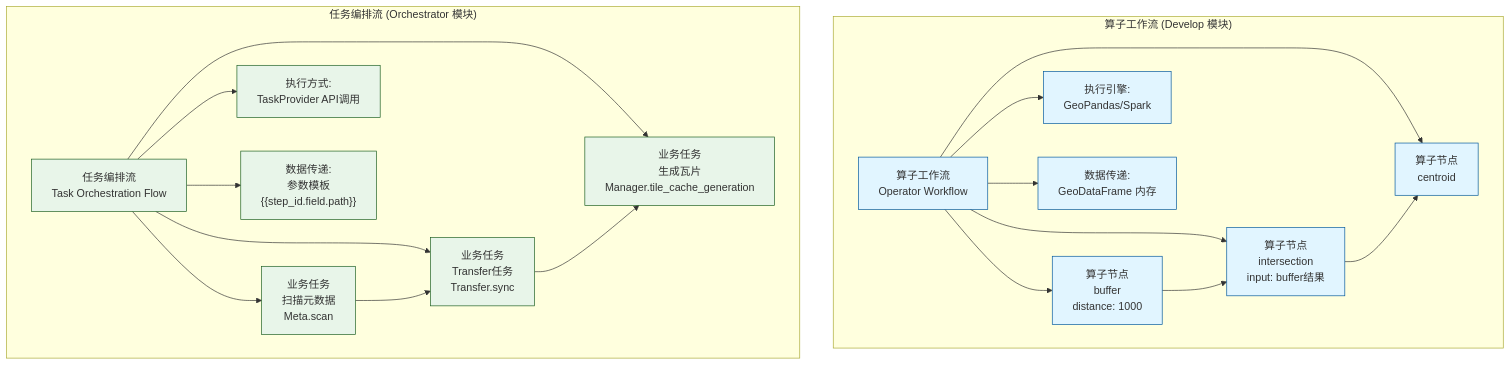
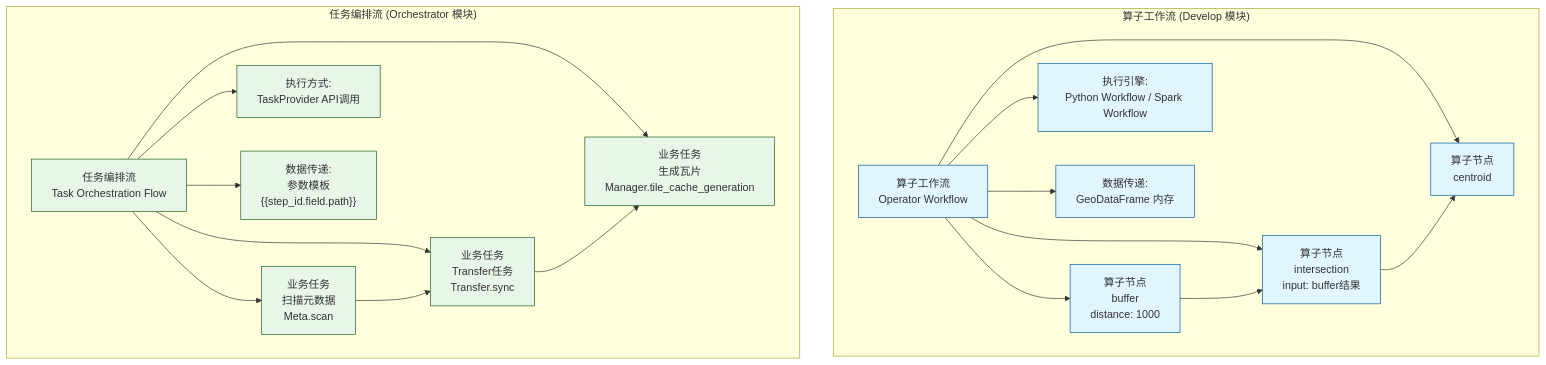
One commit to pampa0629/addp changed the second of 6 diagrams in docs/concepts/addp任务编排体系图.md. Above: the diagram before and after it, drawn with Mermaid. The commit also changed other lines of this file and 536 other files, not shown here.

````diff
--- a/docs/concepts/addp任务编排体系图.md
+++ b/docs/concepts/addp任务编排体系图.md
@@ -134,36 +134,36 @@
 ```mermaid
 graph TB
     subgraph "算子工作流 (Develop 模块)"
         OpWF[算子工作流<br/>Operator Workflow]
 
         OpWF --> OpNode1[算子节点<br/>buffer<br/>distance: 1000]
         OpWF --> OpNode2[算子节点<br/>intersection<br/>input: buffer结果]
         OpWF --> OpNode3[算子节点<br/>centroid]
 
         OpNode1 --> OpNode2
         OpNode2 --> OpNode3
 
-        OpWF --> OpEngine[执行引擎:<br/>GeoPandas/Spark]
+        OpWF --> OpEngine[执行引擎:<br/>Python Workflow / Spark Workflow]
         OpWF --> OpData[数据传递:<br/>GeoDataFrame 内存]
     end
 
     subgraph "任务编排流 (Orchestrator 模块)"
         TaskWF[任务编排流<br/>Task Orchestration Flow]
 
         TaskWF --> TaskNode1[业务任务<br/>扫描元数据<br/>Meta.scan]
         TaskWF --> TaskNode2[业务任务<br/>Transfer任务<br/>Transfer.sync]
         TaskWF --> TaskNode3[业务任务<br/>生成瓦片<br/>Manager.tile_cache_generation]
 
         TaskNode1 --> TaskNode2
         TaskNode2 --> TaskNode3
 
         TaskWF --> TaskEngine[执行方式:<br/>TaskProvider API调用]
         TaskWF --> TaskData["数据传递:<br/>参数模板<br/>{{step_id.field.path}}"]
     end
 
     classDef operator fill:#e1f5ff,stroke:#01579b
     classDef task fill:#e8f5e9,stroke:#1b5e20
 
     class OpWF,OpNode1,OpNode2,OpNode3,OpEngine,OpData operator
     class TaskWF,TaskNode1,TaskNode2,TaskNode3,TaskEngine,TaskData task
 ```
````
